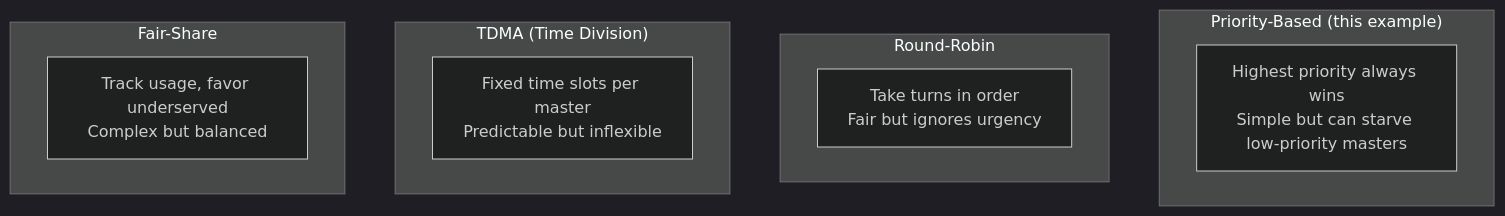
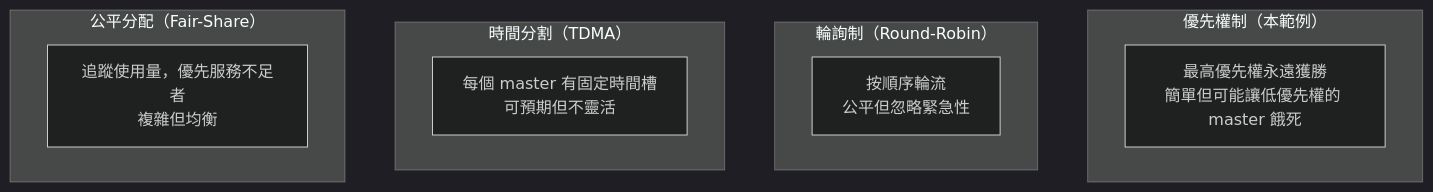
Before and after one commit to abc1199281lab-cmd/systemc_notes: the third of 8 diagrams in doc_v2/examples/code/sysc/simple_bus/spec.md, drawn with Mermaid (dark theme). The commit also changed other lines of this file and 8 other files, not shown here.

Commit message:
docs: translate simple_bus example docs to Traditional Chinese

````diff
--- a/doc_v2/examples/code/sysc/simple_bus/spec.md
+++ b/doc_v2/examples/code/sysc/simple_bus/spec.md
@@ -84,18 +84,18 @@
 ```mermaid
 graph TD
-    subgraph "Priority-Based (this example)"
-        P["Highest priority always wins<br/>Simple but can starve low-priority masters"]
+    subgraph "優先權制（本範例）"
+        P["最高優先權永遠獲勝<br/>簡單但可能讓低優先權的 master 餓死"]
     end
 
-    subgraph "Round-Robin"
-        RR["Take turns in order<br/>Fair but ignores urgency"]
+    subgraph "輪詢制（Round-Robin）"
+        RR["按順序輪流<br/>公平但忽略緊急性"]
     end
 
-    subgraph "TDMA (Time Division)"
-        TD["Fixed time slots per master<br/>Predictable but inflexible"]
+    subgraph "時間分割（TDMA）"
+        TD["每個 master 有固定時間槽<br/>可預期但不靈活"]
     end
 
-    subgraph "Fair-Share"
-        FS["Track usage, favor underserved<br/>Complex but balanced"]
+    subgraph "公平分配（Fair-Share）"
+        FS["追蹤使用量，優先服務不足者<br/>複雜但均衡"]
     end
 ```
````
